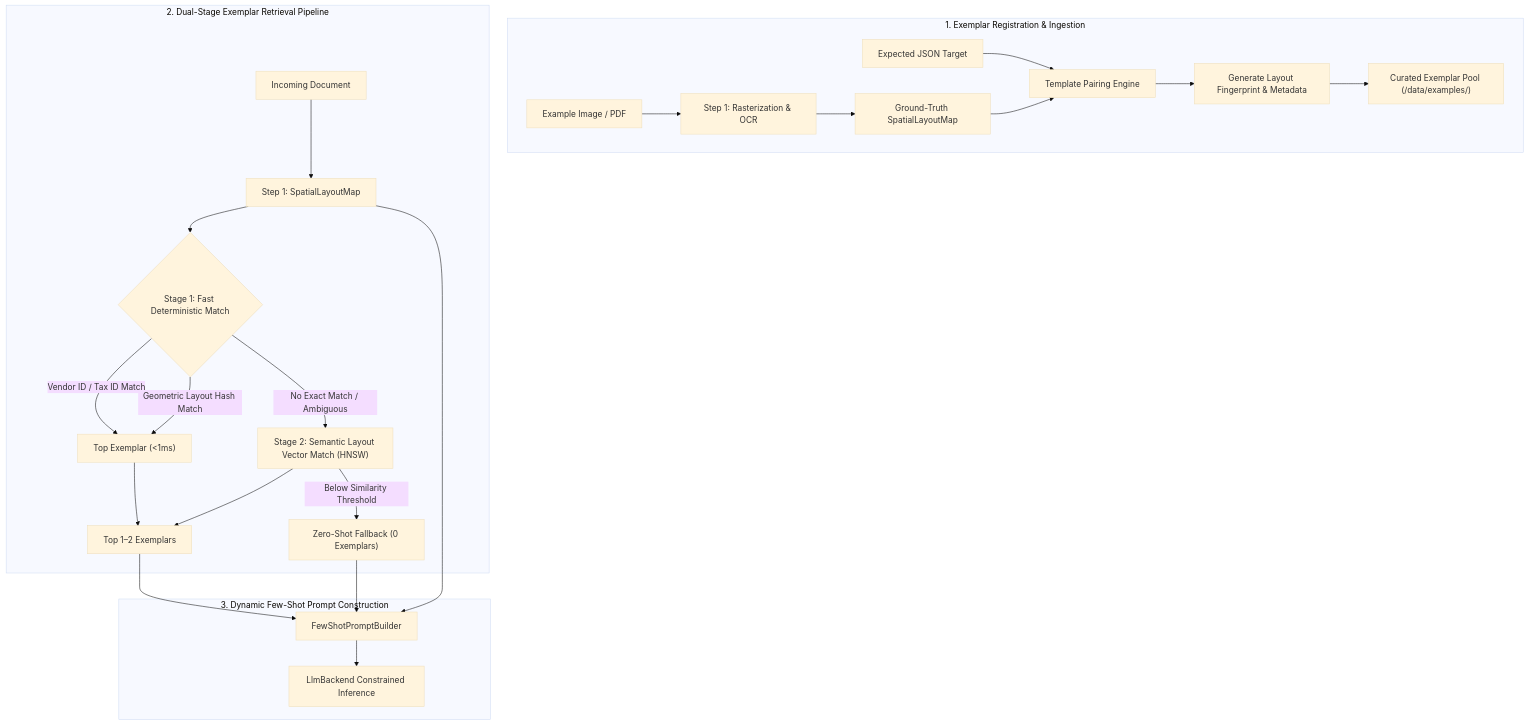
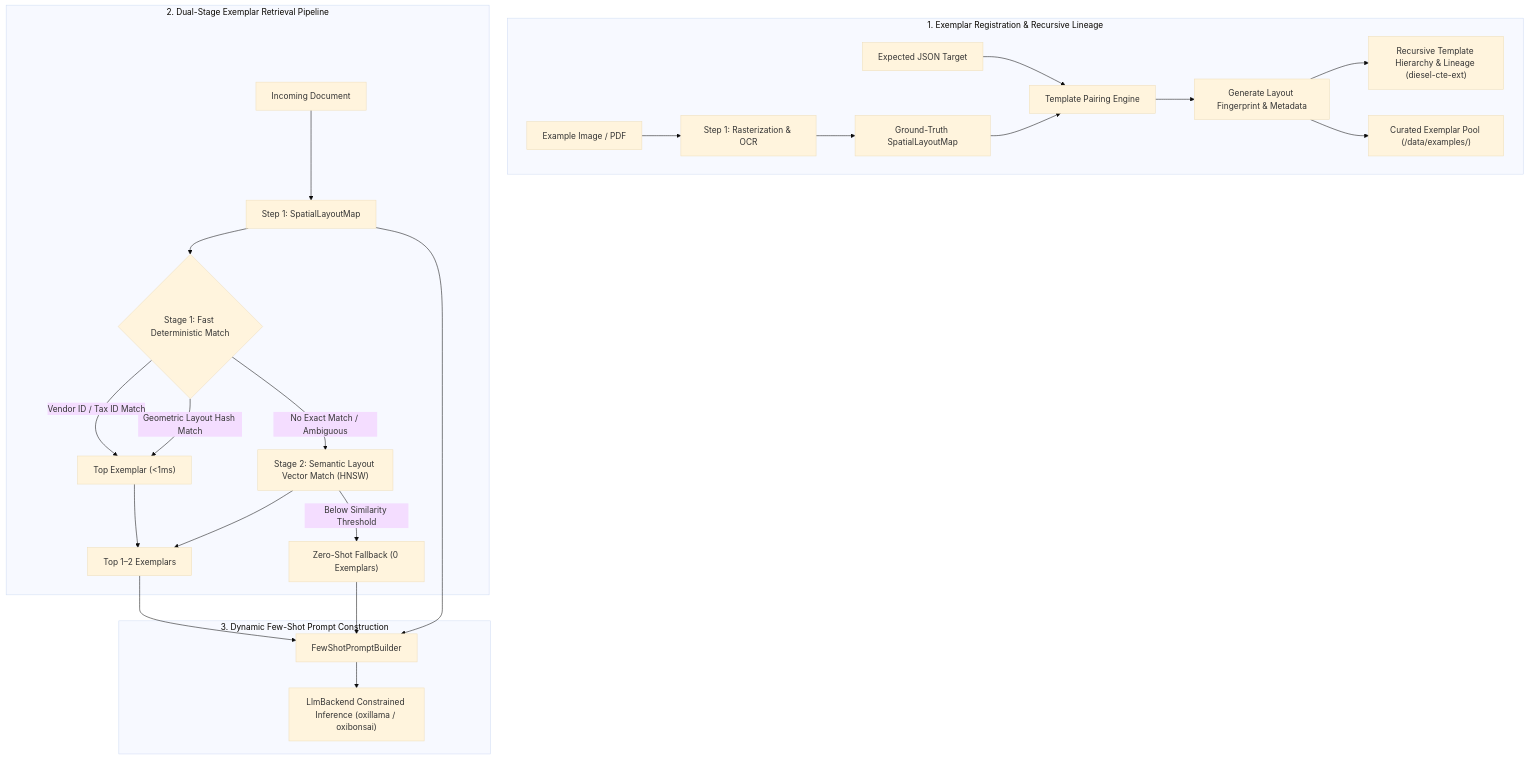
The diagram in docs/12_FEW_SHOT_AND_EXEMPLAR_MANAGEMENT.md (yasuomaidana/docula), drawn with Mermaid (base theme) before and after one commit. The commit also changed other lines of this file and 12 other files, not shown here.

````diff
--- a/docs/12_FEW_SHOT_AND_EXEMPLAR_MANAGEMENT.md
+++ b/docs/12_FEW_SHOT_AND_EXEMPLAR_MANAGEMENT.md
@@ -9,29 +11,30 @@
 ```mermaid
 flowchart TD
-    subgraph Registration["1. Exemplar Registration & Ingestion"]
+    subgraph Registration["1. Exemplar Registration & Recursive Lineage"]
         ExDoc[Example Image / PDF] --> ExOCR[Step 1: Rasterization & OCR]
         ExJSON[Expected JSON Target] --> ExPair[Template Pairing Engine]
         ExOCR --> ExLayout[Ground-Truth SpatialLayoutMap]
         ExLayout --> ExPair
         ExPair --> ExMeta[Generate Layout Fingerprint & Metadata]
+        ExMeta --> DieselCTE["Recursive Template Hierarchy & Lineage (diesel-cte-ext)"]
         ExMeta --> CuratedStore["Curated Exemplar Pool (/data/examples/)"]
     end
 
     subgraph QueryPipeline["2. Dual-Stage Exemplar Retrieval Pipeline"]
         TargetDoc[Incoming Document] --> TargetOCR[Step 1: SpatialLayoutMap]
         TargetOCR --> S1{"Stage 1: Fast Deterministic Match"}
         S1 -->|Vendor ID / Tax ID Match| FoundS1["Top Exemplar (<1ms)"]
         S1 -->|Geometric Layout Hash Match| FoundS1
         S1 -->|No Exact Match / Ambiguous| S2["Stage 2: Semantic Layout Vector Match (HNSW)"]
         S2 --> TopK["Top 1–2 Exemplars"]
         FoundS1 --> TopK
         S2 -->|Below Similarity Threshold| ZeroShot["Zero-Shot Fallback (0 Exemplars)"]
     end
 
     subgraph PromptBuilder["3. Dynamic Few-Shot Prompt Construction"]
         TopK --> PromptAssemble[FewShotPromptBuilder]
         ZeroShot --> PromptAssemble
         TargetOCR --> PromptAssemble
-        PromptAssemble --> LLM[LlmBackend Constrained Inference]
+        PromptAssemble --> LLM["LlmBackend Constrained Inference (oxillama / oxibonsai)"]
     end
 ```
````
